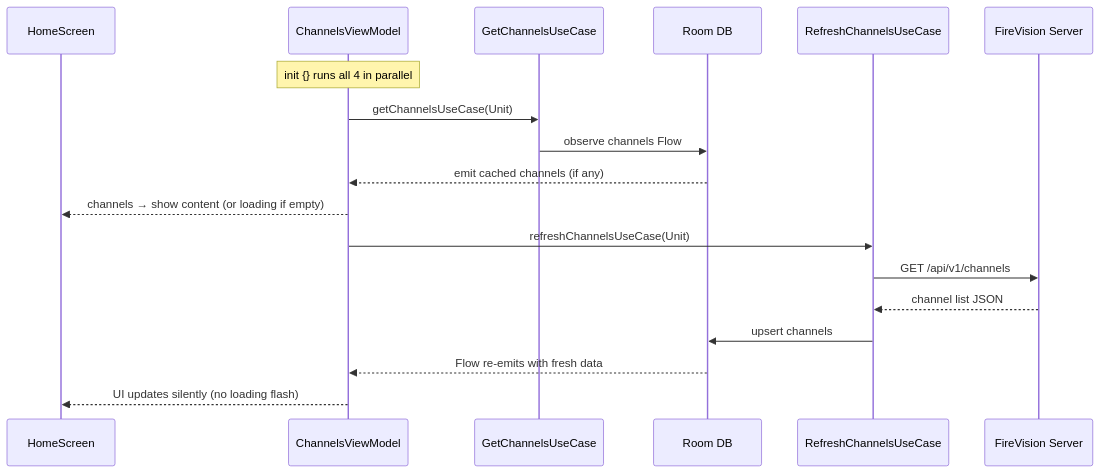
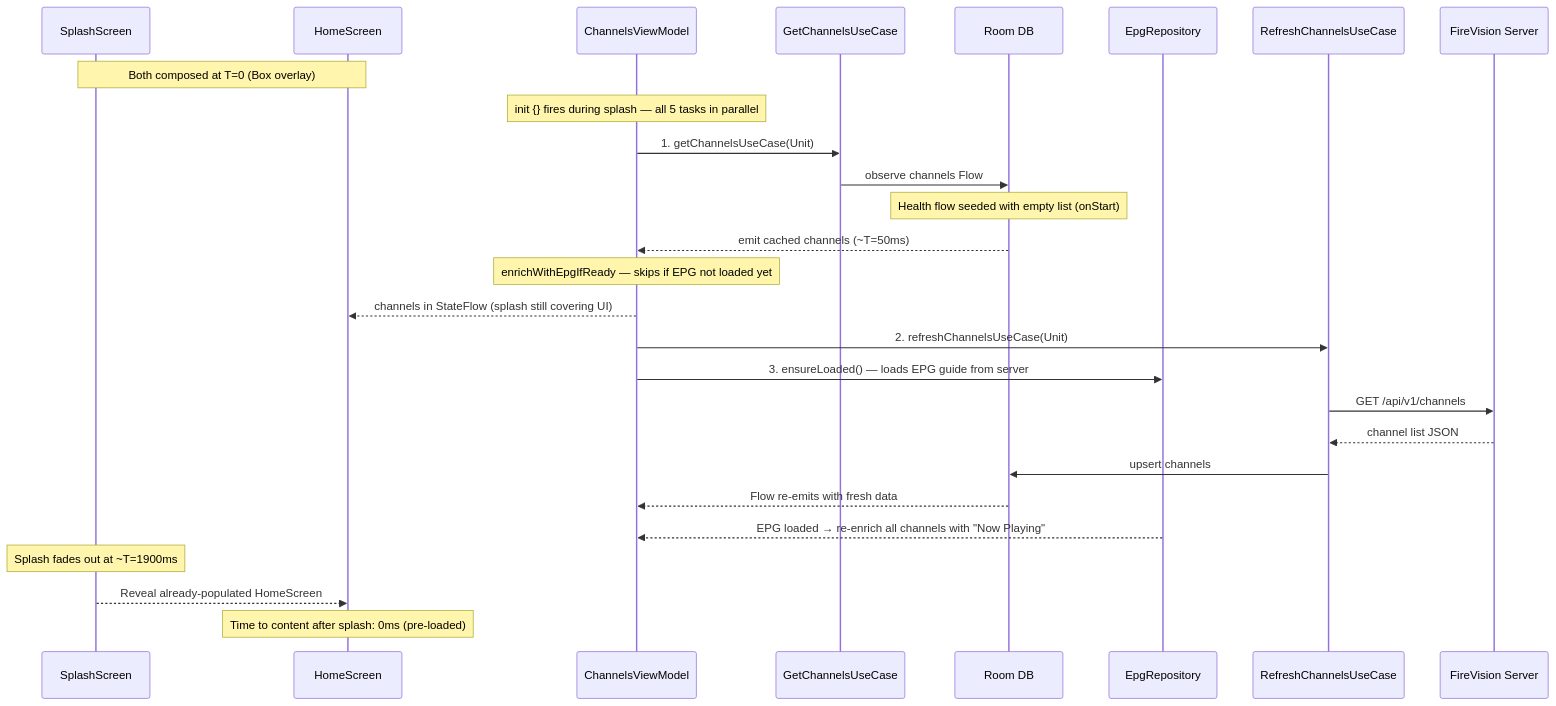
The second of 6 diagrams in docs/APP_STARTUP_FLOW.md (akshaynikhare/FireVisionIPTV), drawn with Mermaid before and after one commit. The commit also changed other lines of this file and 18 other files, not shown here.

First line of the commit message:
feat: Implement Box overlay pattern for splash screen to pre-warm ViewModel

````diff
--- a/docs/APP_STARTUP_FLOW.md
+++ b/docs/APP_STARTUP_FLOW.md
@@ -71,23 +79,36 @@
 ```mermaid
 sequenceDiagram
+    participant Splash as SplashScreen
     participant UI as HomeScreen
     participant VM as ChannelsViewModel
     participant UC as GetChannelsUseCase
     participant Room as Room DB
+    participant EPG as EpgRepository
     participant API as RefreshChannelsUseCase
     participant Server as FireVision Server
 
-    Note over VM: init {} runs all 4 in parallel
+    Note over Splash,UI: Both composed at T=0 (Box overlay)
+    Note over VM: init {} fires during splash — all 5 tasks in parallel
 
-    VM->>UC: getChannelsUseCase(Unit)
+    VM->>UC: 1. getChannelsUseCase(Unit)
     UC->>Room: observe channels Flow
-    Room-->>VM: emit cached channels (if any)
-    VM-->>UI: channels → show content (or loading if empty)
+    Note over Room: Health flow seeded with empty list (onStart)
+    Room-->>VM: emit cached channels (~T=50ms)
+    Note over VM: enrichWithEpgIfReady — skips if EPG not loaded yet
+    VM-->>UI: channels in StateFlow (splash still covering UI)
 
-    VM->>API: refreshChannelsUseCase(Unit)
+    VM->>API: 2. refreshChannelsUseCase(Unit)
+    VM->>EPG: 3. ensureLoaded() — loads EPG guide from server
+
     API->>Server: GET /api/v1/channels
     Server-->>API: channel list JSON
     API->>Room: upsert channels
     Room-->>VM: Flow re-emits with fresh data
-    VM-->>UI: UI updates silently (no loading flash)
+
+    EPG-->>VM: EPG loaded → re-enrich all channels with "Now Playing"
+
+    Note over Splash: Splash fades out at ~T=1900ms
+    Splash-->>UI: Reveal already-populated HomeScreen
+
+    Note over UI: Time to content after splash: 0ms (pre-loaded)
 ```
````
